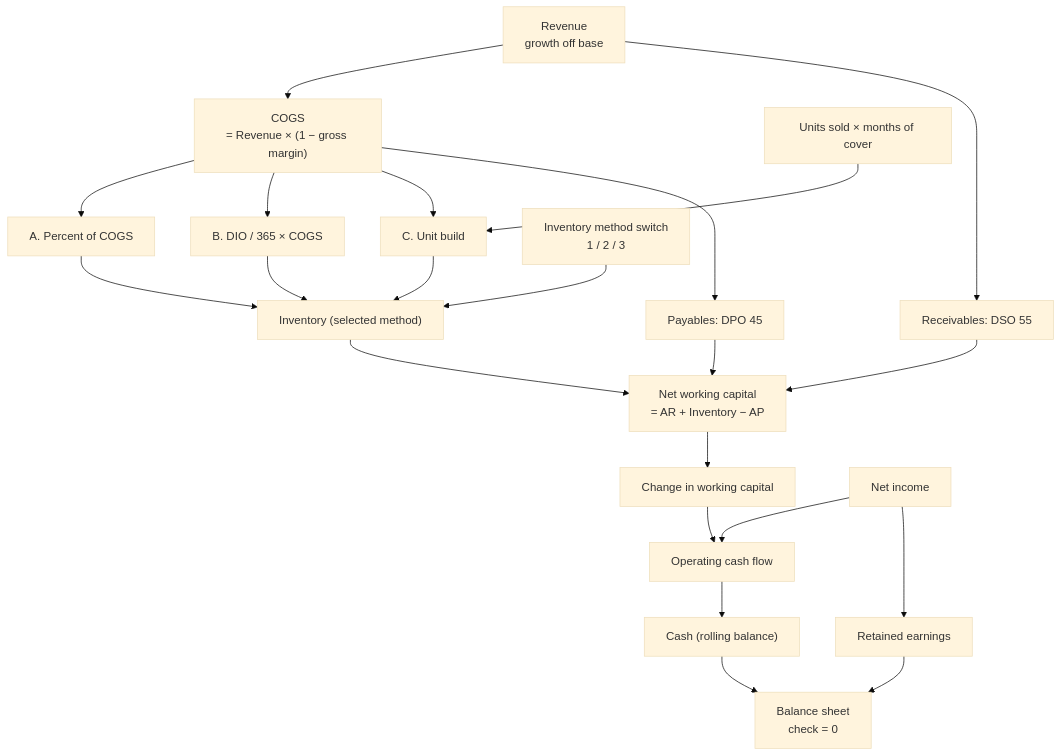
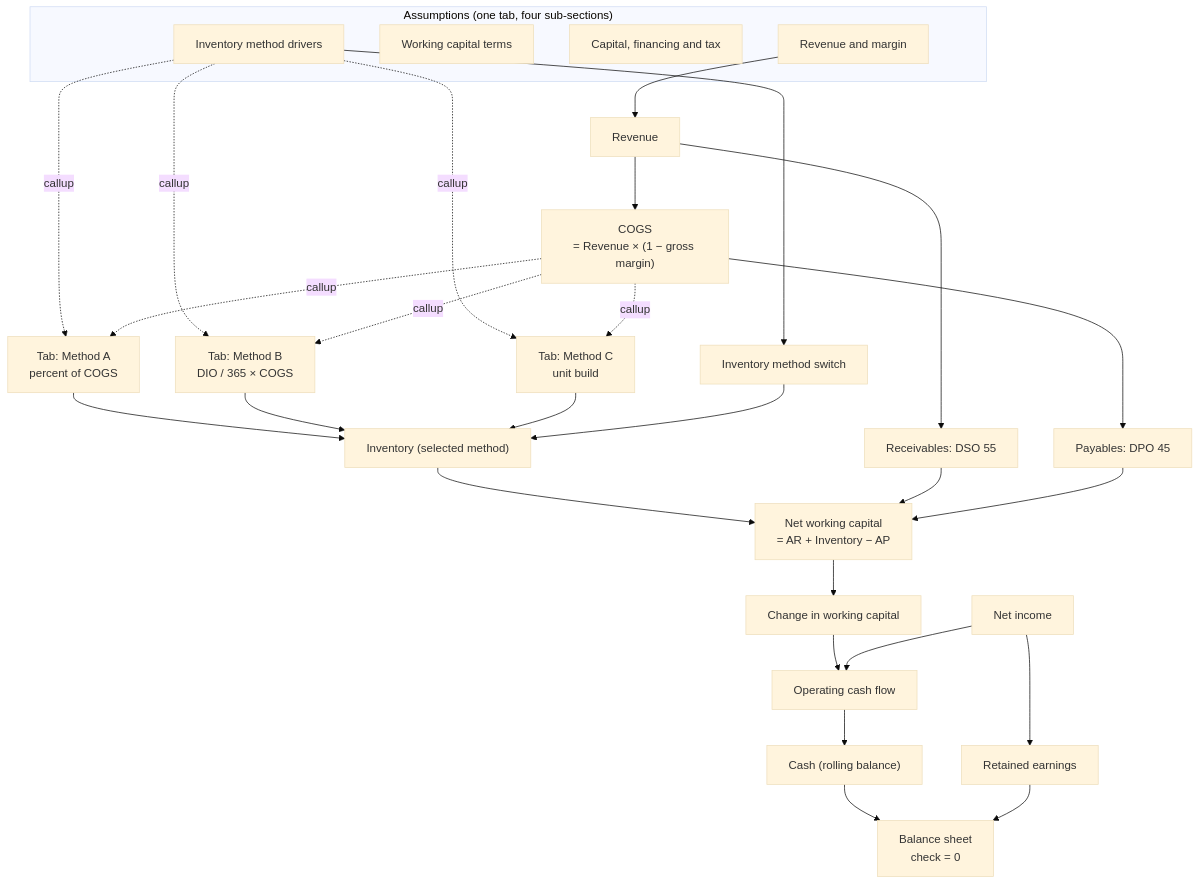
One commit to anthomakr/finance-models changed the diagram in models/inventory-methods/README.md. Above: the diagram before and after it, drawn with Mermaid (base theme). The commit also changed other lines of this file, not shown here.

Commit message:
Give each inventory method its own tab
Assumptions were a flat list of 18 drivers and the three methods shared
one section, so reading a single recipe meant filtering the other two out
by eye.

Assumptions are now grouped in four sub-sections (revenue and margin,
working capital terms, capital and financing and tax, inventory method
drivers). Sub-sections group inside the tab rather than creating new
ones, verified against the Excel export: still one Assumptions sheet.

Each method gets a root section, so one tab per method, and pulls the
drivers it reads through callups. The Assumptions tab stays the only
source of truth: a callup mirrors a value, it does not own it. Added
Spread A vs C alongside Spread A vs B, so the cost of each simplification
is a line of the model rather than a subtraction left to the reader.

Structure only: every value is unchanged and the balance check still
holds at 0 on all five periods.

````diff
--- a/models/inventory-methods/README.md
+++ b/models/inventory-methods/README.md
@@ -72,24 +78,34 @@
 ```mermaid
 flowchart TD
-  REV["Revenue<br/>growth off base"] --> COGS["COGS<br/>= Revenue × (1 − gross margin)"]
-  COGS --> MA["A. Percent of COGS"]
-  COGS --> MB["B. DIO / 365 × COGS"]
-  U["Units sold × months of cover"] --> MC["C. Unit build"]
-  COGS --> MC
-  SW["Inventory method switch<br/>1 / 2 / 3"] --> SEL["Inventory (selected method)"]
-  MA --> SEL
-  MB --> SEL
-  MC --> SEL
+  subgraph ASM["Assumptions (one tab, four sub-sections)"]
+    D1["Revenue and margin"]
+    D2["Working capital terms"]
+    D3["Capital, financing and tax"]
+    D4["Inventory method drivers"]
+  end
+  D1 --> REV["Revenue"]
+  REV --> COGS["COGS<br/>= Revenue × (1 − gross margin)"]
+  D4 -.callup.-> MA
+  D4 -.callup.-> MB
+  D4 -.callup.-> MC
+  COGS -.callup.-> MA
+  COGS -.callup.-> MB
+  COGS -.callup.-> MC
+  MA["Tab: Method A<br/>percent of COGS"] --> SEL
+  MB["Tab: Method B<br/>DIO / 365 × COGS"] --> SEL
+  MC["Tab: Method C<br/>unit build"] --> SEL
+  D4 --> SW["Inventory method switch"]
+  SW --> SEL["Inventory (selected method)"]
   SEL --> NWC["Net working capital<br/>= AR + Inventory − AP"]
   REV --> AR["Receivables: DSO 55"]
   COGS --> AP["Payables: DPO 45"]
   AR --> NWC
   AP --> NWC
   NWC --> DNWC["Change in working capital"]
   DNWC --> OCF["Operating cash flow"]
   NI["Net income"] --> OCF
   OCF --> CASH["Cash (rolling balance)"]
   CASH --> BS["Balance sheet<br/>check = 0"]
   NI --> RE["Retained earnings"]
   RE --> BS
 ```
````
